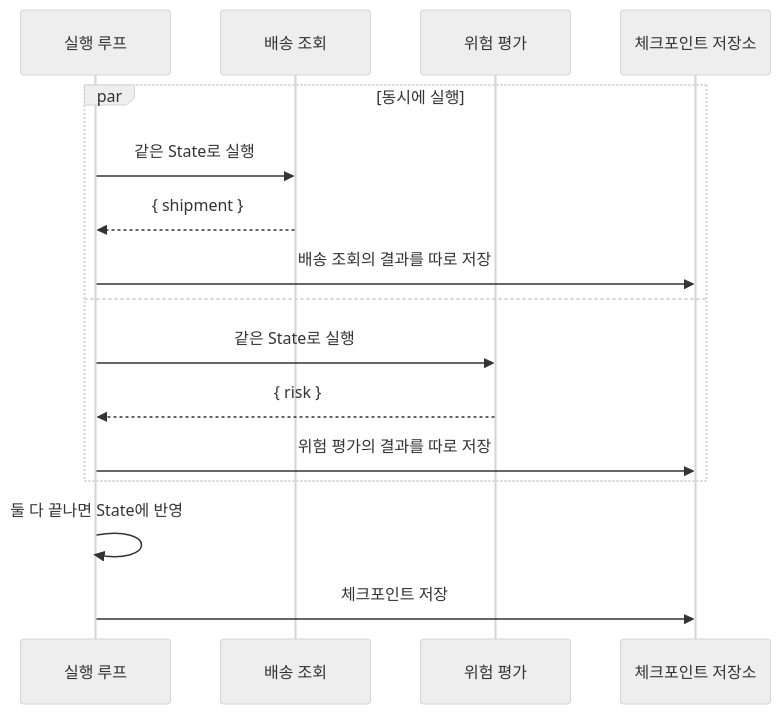
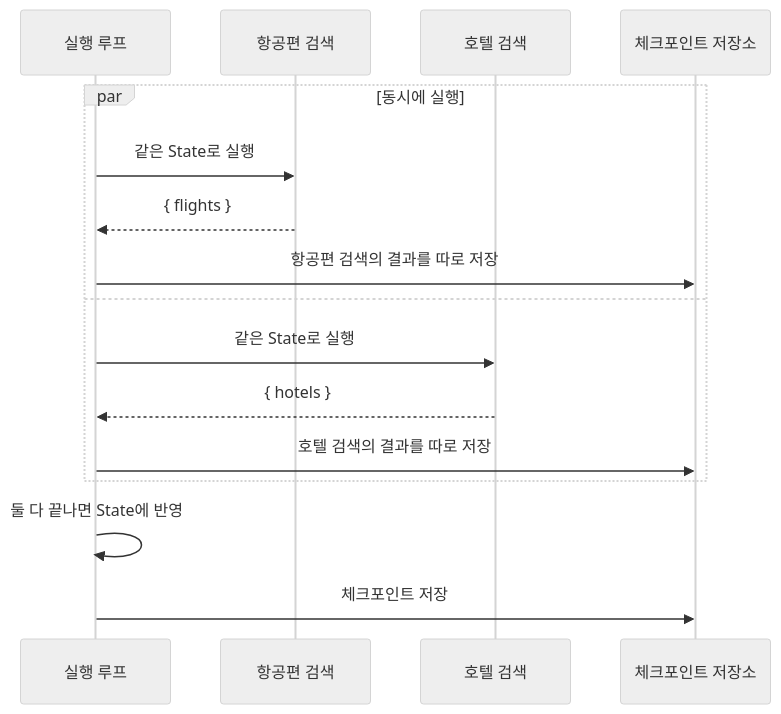
One commit to iwindfree/ai-agent-framework-architecture changed diagram 14 of 15 in 00.architecture.md. Above: the diagram before and after it, drawn with Mermaid (neutral theme). The commit also changed other lines of this file, not shown here.

````diff
--- a/00.architecture.md
+++ b/00.architecture.md
@@ -1287,18 +1287,18 @@
 ```mermaid
 sequenceDiagram
     participant L as 실행 루프
-    participant D as 배송 조회
-    participant R as 위험 평가
+    participant F as 항공편 검색
+    participant H as 호텔 검색
     participant S as 체크포인트 저장소
     par 동시에 실행
-        L->>D: 같은 State로 실행
-        D-->>L: { shipment }
-        L->>S: 배송 조회의 결과를 따로 저장
+        L->>F: 같은 State로 실행
+        F-->>L: { flights }
+        L->>S: 항공편 검색의 결과를 따로 저장
     and
-        L->>R: 같은 State로 실행
-        R-->>L: { risk }
-        L->>S: 위험 평가의 결과를 따로 저장
+        L->>H: 같은 State로 실행
+        H-->>L: { hotels }
+        L->>S: 호텔 검색의 결과를 따로 저장
     end
     L->>L: 둘 다 끝나면 State에 반영
     L->>S: 체크포인트 저장
 ```
````
